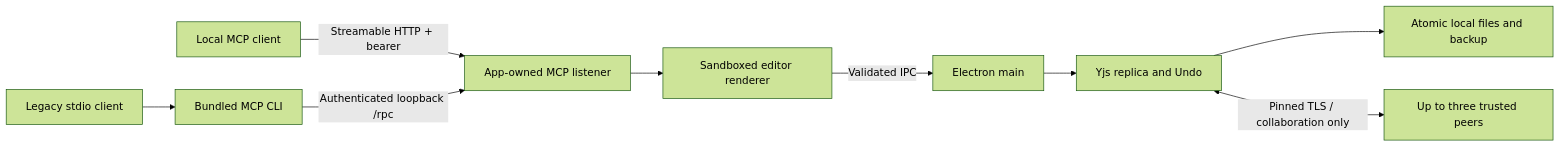
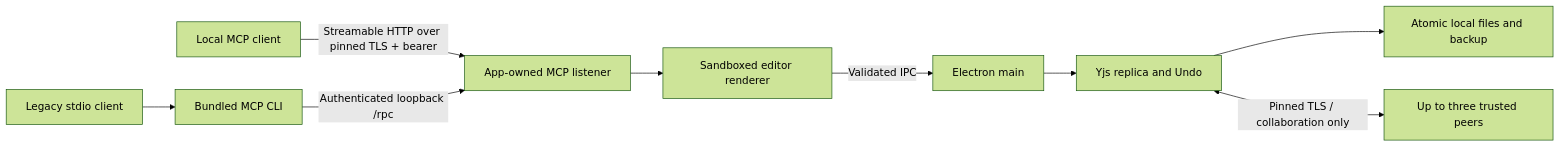
One commit to Dindb-dong/oh-my-canvas changed the diagram in docs/ARCHITECTURE.md. Above: the diagram before and after it, drawn with Mermaid (forest theme). The commit also changed other lines of this file and 9 other files, not shown here.

````diff
--- a/docs/ARCHITECTURE.md
+++ b/docs/ARCHITECTURE.md
@@ -7,11 +7,11 @@
 ```mermaid
 flowchart LR
-  Agent[Local MCP client] -->|Streamable HTTP + bearer| Bridge[App-owned MCP listener]
+  Agent[Local MCP client] -->|Streamable HTTP over pinned TLS + bearer| Bridge[App-owned MCP listener]
   Legacy[Legacy stdio client] --> CLI[Bundled MCP CLI]
   CLI -->|Authenticated loopback /rpc| Bridge
   Bridge --> Renderer[Sandboxed editor renderer]
   Renderer -->|Validated IPC| Main[Electron main]
   Main --> Replica[Yjs replica and Undo]
   Replica --> Store[Atomic local files and backup]
   Replica <-->|Pinned TLS / collaboration only| Peer[Up to three trusted peers]
 ```
````
